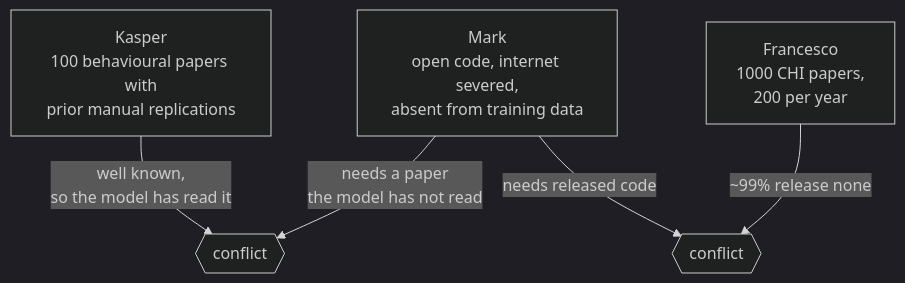
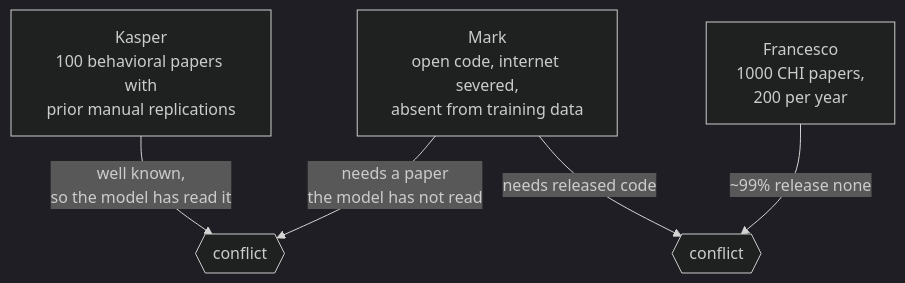
Before and after one commit to latere-ai/replichai: the third of 12 diagrams in docs/consultations.md, drawn with Mermaid (dark theme). The commit also changed other lines of this file and 1 other file, not shown here.

````diff
--- a/docs/consultations.md
+++ b/docs/consultations.md
@@ -107,12 +107,12 @@
 ```mermaid
 flowchart TB
-    K["Kasper<br/>100 behavioural papers with<br/>prior manual replications"]
+    K["Kasper<br/>100 behavioral papers with<br/>prior manual replications"]
     F["Francesco<br/>1000 CHI papers,<br/>200 per year"]
     M["Mark<br/>open code, internet severed,<br/>absent from training data"]
     X1{{"conflict"}}
     X2{{"conflict"}}
     K -->|"well known,<br/>so the model has read it"| X1
     M -->|"needs a paper<br/>the model has not read"| X1
     M -->|"needs released code"| X2
     F -->|"~99% release none"| X2
 ```
````
